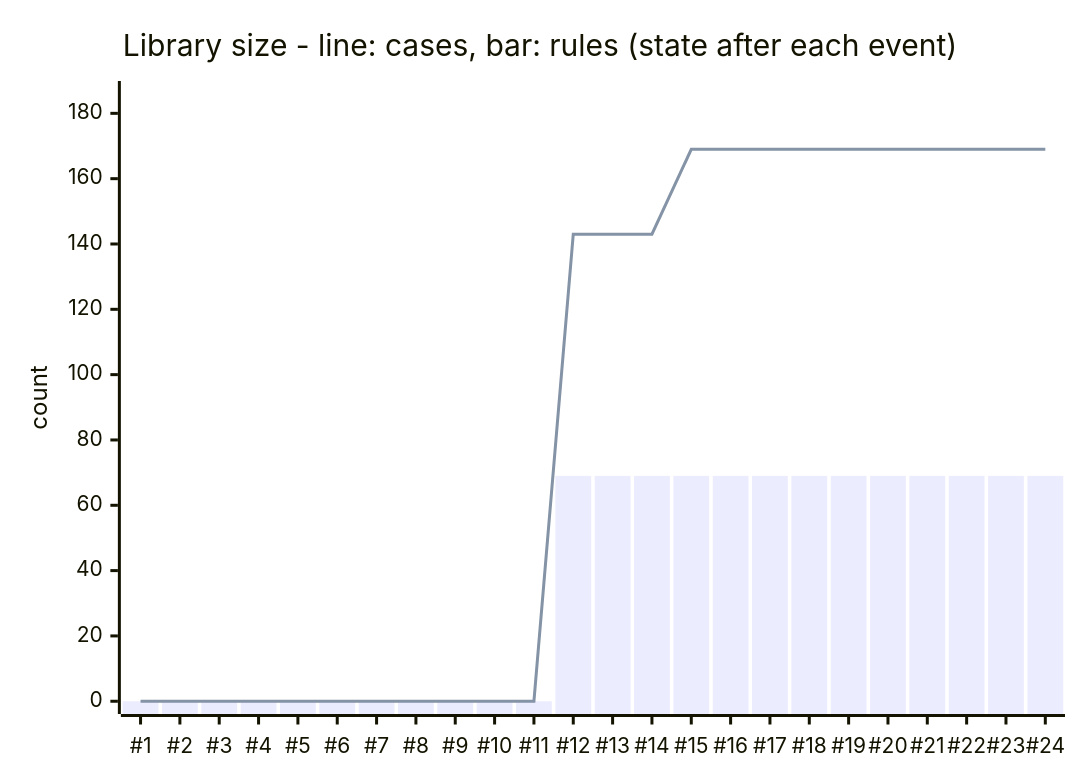
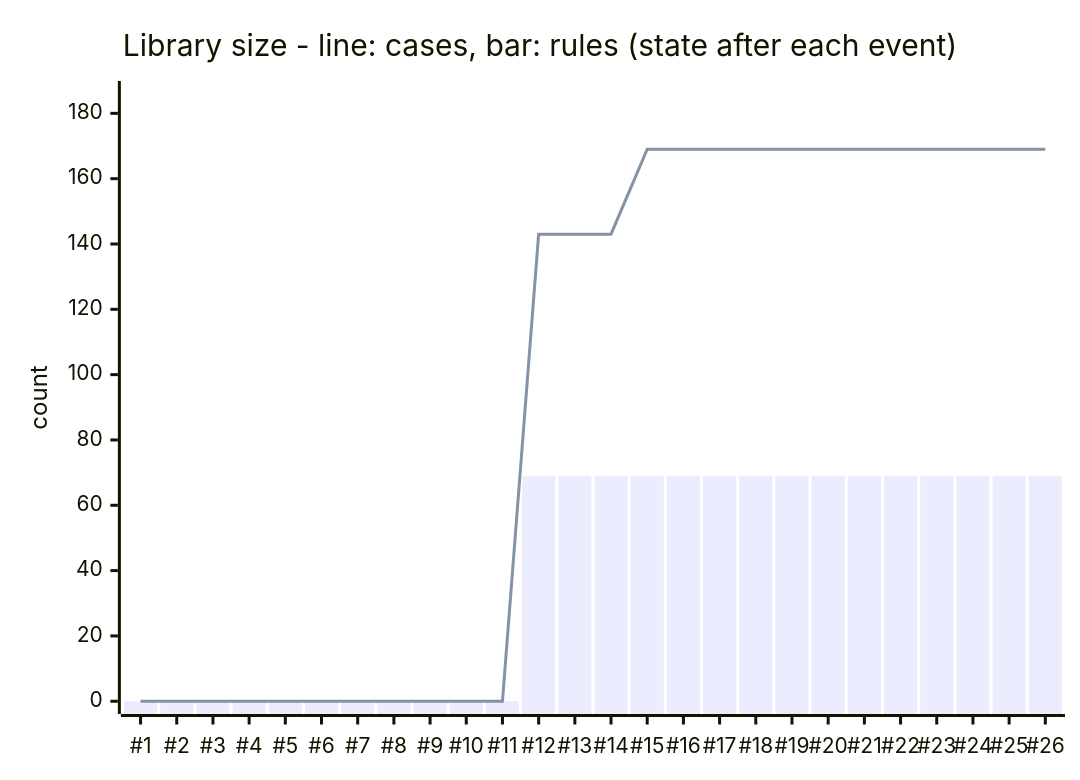
The fifth of 5 diagrams in apps/learning-architecture/docs/HANDBOOK.md (mahdighandi1989/Lifemanager), drawn with Mermaid before and after one commit. The commit also changed other lines of this file and 19 other files, not shown here.

First line of the commit message:
feat(learning-architecture): wayfinding (where am I, came-from trail, back to the exact spot) and a from-zero step-by-step course over the 45 techniques

````diff
--- a/apps/learning-architecture/docs/HANDBOOK.md
+++ b/apps/learning-architecture/docs/HANDBOOK.md
@@ -313,8 +338,8 @@
 ```mermaid
 xychart-beta
     title "Library size - line: cases, bar: rules (state after each event)"
-    x-axis ["#1", "#2", "#3", "#4", "#5", "#6", "#7", "#8", "#9", "#10", "#11", "#12", "#13", "#14", "#15", "#16", "#17", "#18", "#19", "#20", "#21", "#22", "#23", "#24"]
+    x-axis ["#1", "#2", "#3", "#4", "#5", "#6", "#7", "#8", "#9", "#10", "#11", "#12", "#13", "#14", "#15", "#16", "#17", "#18", "#19", "#20", "#21", "#22", "#23", "#24", "#25", "#26"]
     y-axis "count" 0 --> 186
-    bar [0, 0, 0, 0, 0, 0, 0, 0, 0, 0, 0, 69, 69, 69, 69, 69, 69, 69, 69, 69, 69, 69, 69, 69]
-    line [0, 0, 0, 0, 0, 0, 0, 0, 0, 0, 0, 143, 143, 143, 169, 169, 169, 169, 169, 169, 169, 169, 169, 169]
+    bar [0, 0, 0, 0, 0, 0, 0, 0, 0, 0, 0, 69, 69, 69, 69, 69, 69, 69, 69, 69, 69, 69, 69, 69, 69, 69]
+    line [0, 0, 0, 0, 0, 0, 0, 0, 0, 0, 0, 143, 143, 143, 169, 169, 169, 169, 169, 169, 169, 169, 169, 169, 169, 169]
 ```
````
